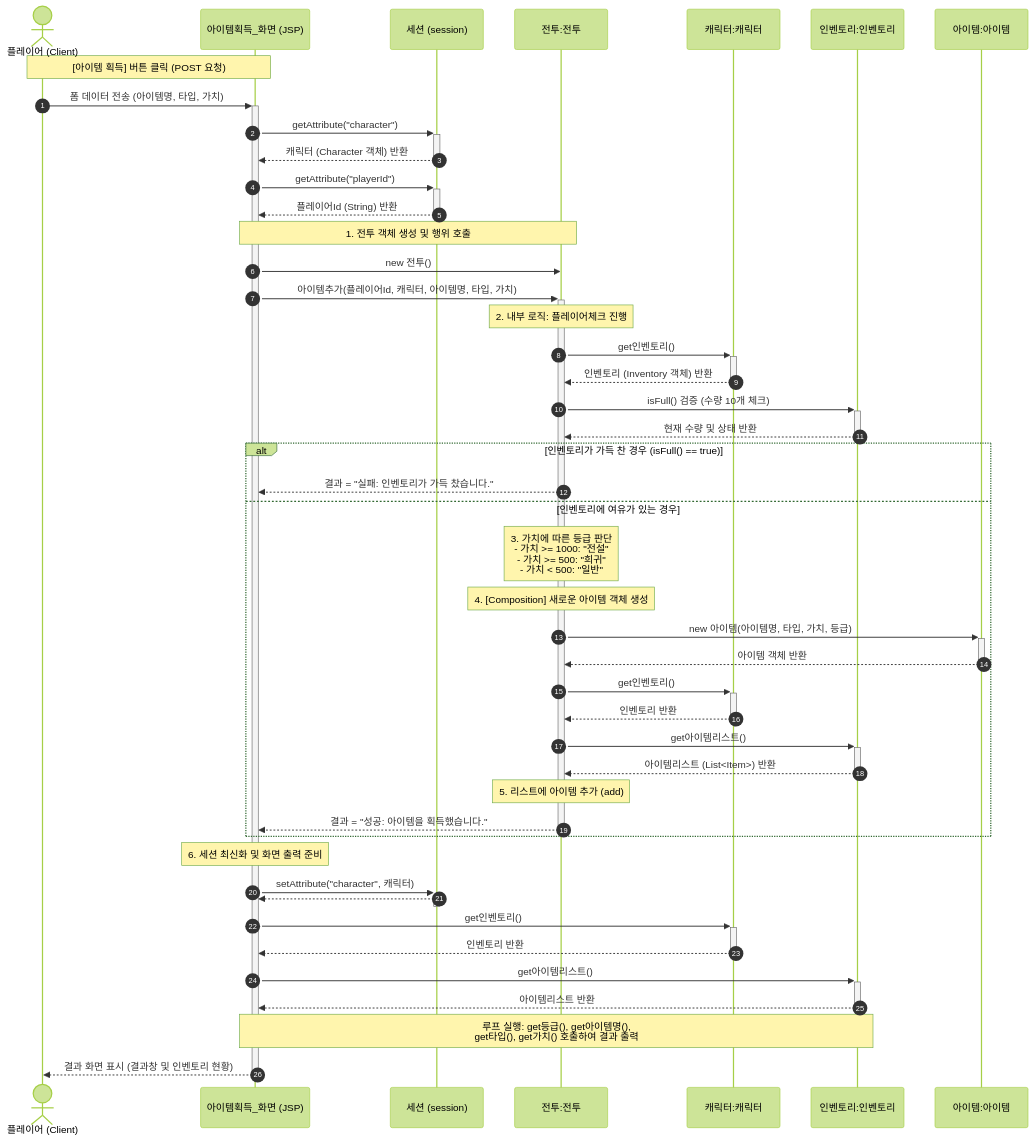
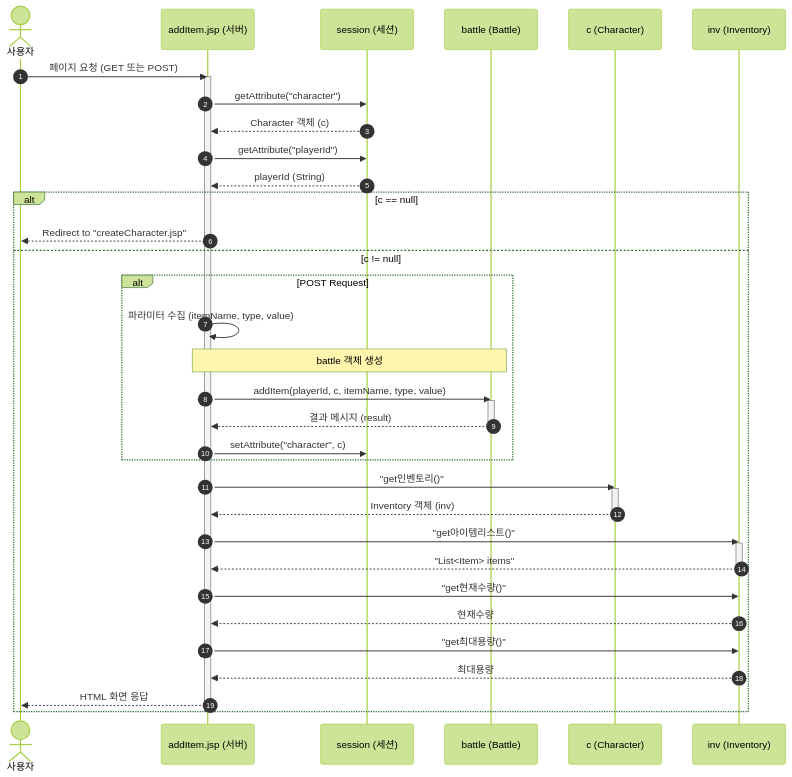
The diagram in 아이템획득순차도.md (Sewqp/DnF_Battle2_B_06-), drawn with Mermaid (forest theme) before and after one commit.

````diff
--- a/아이템획득순차도.md
+++ b/아이템획득순차도.md
@@ -1,65 +1,59 @@
 ```mermaid
 sequenceDiagram
     autonumber
-    actor 플레이어 as 플레이어 (Client)
-    participant 화면 as 아이템획득_화면 (JSP)
-    participant 세션 as 세션 (session)
-    participant 전투 as 전투:전투
-    participant 캐릭터 as 캐릭터:캐릭터
-    participant 인벤토리 as 인벤토리:인벤토리
-    participant 아이템 as 아이템:아이템
+    actor User as 사용자
+    participant JSP as addItem.jsp (서버)
+    participant Session as session (세션)
+    participant Battle as battle (Battle)
+    participant Char as c (Character)
+    participant Inv as inv (Inventory)
 
-    Note over 플레이어, 화면: [아이템 획득] 버튼 클릭 (POST 요청)
-    플레이어->>+화면: 폼 데이터 전송 (아이템명, 타입, 가치)
-    
-    %% 세션 확인 단계
-    화면->>+세션: getAttribute("character")
-    세션-->>-화면: 캐릭터 (Character 객체) 반환
-    화면->>+세션: getAttribute("playerId")
-    세션-->>-화면: 플레이어Id (String) 반환
+    User->>JSP: 페이지 요청 (GET 또는 POST)
+    activate JSP
 
-    %% 비즈니스 로직 시작
-    Note over 화면, 전투: 1. 전투 객체 생성 및 행위 호출
-    화면->>전투: new 전투()
-    화면->>+전투: 아이템추가(플레이어Id, 캐릭터, 아이템명, 타입, 가치)
-    
-    %% 요구사항: 플레이어 체크 및 인벤토리 체크
-    Note over 전투: 2. 내부 로직: 플레이어체크 진행
-    전투->>+캐릭터: get인벤토리()
-    캐릭터-->>-전투: 인벤토리 (Inventory 객체) 반환
-    
-    전투->>+인벤토리: isFull() 검증 (수량 10개 체크)
-    인벤토리-->>-전투: 현재 수량 및 상태 반환
-    
-    alt 인벤토리가 가득 찬 경우 (isFull() == true)
-        전투-->>화면: 결과 = "실패: 인벤토리가 가득 찼습니다."
-    else 인벤토리에 여유가 있는 경우
-        Note over 전투: 3. 가치에 따른 등급 판단<br/>- 가치 >= 1000: "전설"<br/>- 가치 >= 500: "희귀"<br/>- 가치 < 500: "일반"
+    %% 1. 세션 데이터 조회
+    JSP->>Session: getAttribute("character")
+    Session-->>JSP: Character 객체 (c)
+    JSP->>Session: getAttribute("playerId")
+    Session-->>JSP: playerId (String)
+
+    %% 2. 캐릭터 유효성 검사
+    alt c == null
+        JSP-->>User: Redirect to "createCharacter.jsp"
+    else c != null
         
-        Note over 전투: 4. [Composition] 새로운 아이템 객체 생성
-        전투->>+아이템: new 아이템(아이템명, 타입, 가치, 등급)
-        아이템-->>-전투: 아이템 객체 반환
+        %% 3. POST 요청 처리
+        alt POST Request
+            JSP->>JSP: 파라미터 수집 (itemName, type, value)
+            
+            %% create를 호출하기 전에 생성을 명시하거나, 상단 선언부와 호환되도록 처리
+            Note over JSP, Battle: battle 객체 생성
+            JSP->>Battle: addItem(playerId, c, itemName, type, value)
+            activate Battle
+            Battle-->>JSP: 결과 메시지 (result)
+            deactivate Battle
+            
+            JSP->>Session: setAttribute("character", c)
+        end
+
+        %% 4. 인벤토리 및 아이템 리스트 조회
+        JSP->>Char: "get인벤토리()"
+        activate Char
+        Char-->>JSP: Inventory 객체 (inv)
+        deactivate Char
+
+        JSP->>Inv: "get아이템리스트()"
+        activate Inv
+        Inv-->>JSP: "List<Item> items"
+        deactivate Inv
         
-        전투->>+캐릭터: get인벤토리()
-        캐릭터-->>-전투: 인벤토리 반환
-        전투->>+인벤토리: get아이템리스트()
-        인벤토리-->>-전투: 아이템리스트 (List<Item>) 반환
-        
-        Note over 전투: 5. 리스트에 아이템 추가 (add)
-        전투-->>-화면: 결과 = "성공: 아이템을 획득했습니다."
+        JSP->>Inv: "get현재수량()"
+        Inv-->>JSP: 현재수량
+        JSP->>Inv: "get최대용량()"
+        Inv-->>JSP: 최대용량
+
+        %% 5. 응답
+        JSP-->>User: HTML 화면 응답
     end
-
-    %% 세션 저장 및 화면 최신화
-    Note over 화면: 6. 세션 최신화 및 화면 출력 준비
-    화면->>+세션: setAttribute("character", 캐릭터)
-    세션-->>-화면: 
-    
-    화면->>+캐릭터: get인벤토리()
-    캐릭터-->>-화면: 인벤토리 반환
-    화면->>+인벤토리: get아이템리스트()
-    인벤토리-->>-화면: 아이템리스트 반환
-    
-    Note over 화면, 인벤토리: 루프 실행: get등급(), get아이템명(),<br/>get타입(), get가치() 호출하여 결과 출력
-    
-    화면-->>-플레이어: 결과 화면 표시 (결과창 및 인벤토리 현황)
+    deactivate JSP
 ```
````
